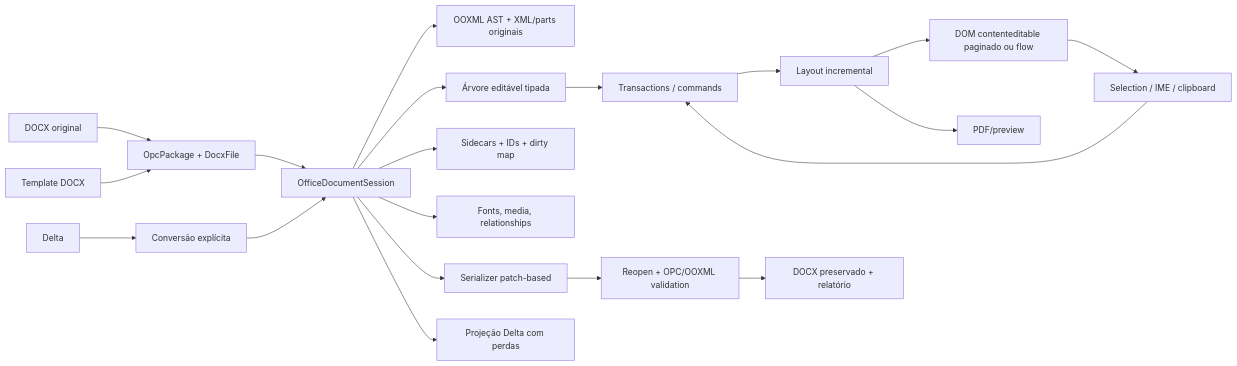
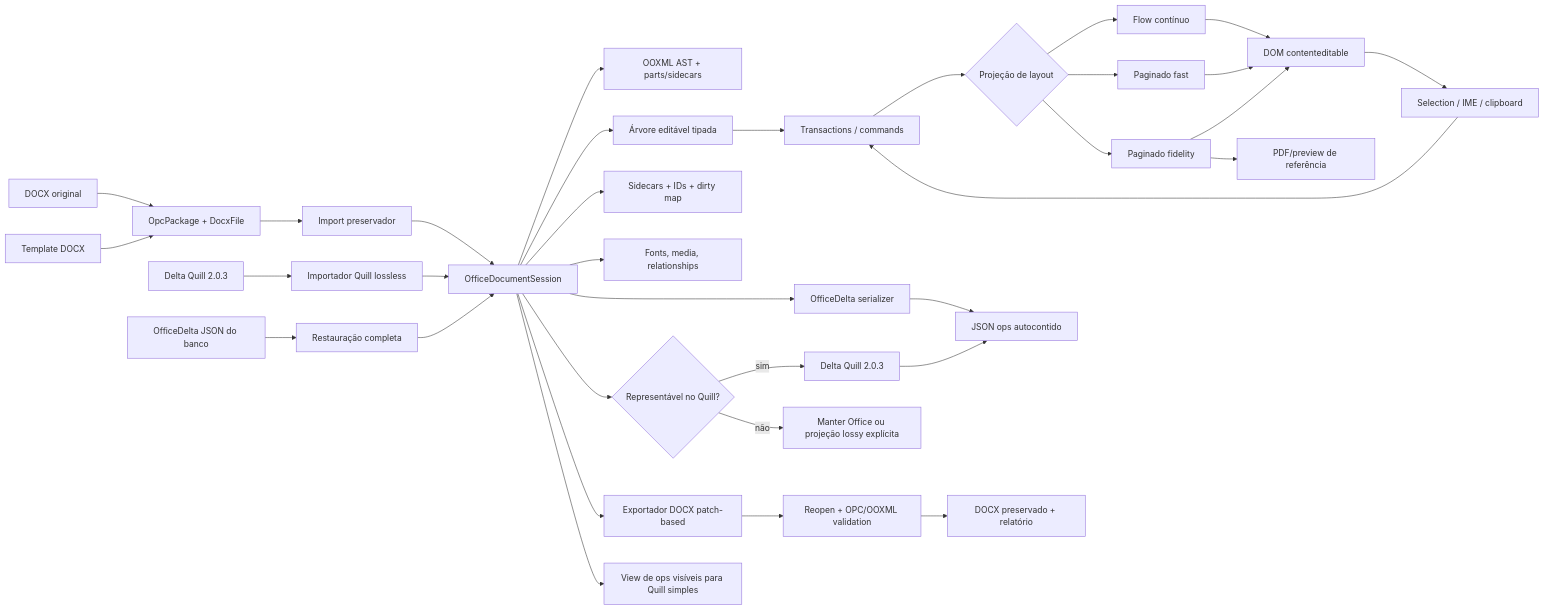
The diagram in doc/PLANO_EDITOR_DOCX_PAGINADO_AVANCADO.md (insinfo/dart_quill), drawn with Mermaid before and after one commit. The commit also changed other lines of this file and 3 other files, not shown here.

````diff
--- a/doc/PLANO_EDITOR_DOCX_PAGINADO_AVANCADO.md
+++ b/doc/PLANO_EDITOR_DOCX_PAGINADO_AVANCADO.md
@@ -363,27 +506,41 @@
 ```mermaid
 flowchart LR
     DOCX[DOCX original] --> OPEN[OpcPackage + DocxFile]
-    DELTA[Delta] --> PROMOTE[Conversão explícita]
+    DELTA[Delta Quill 2.0.3] --> QIMPORT[Importador Quill lossless]
+    ODELTA[OfficeDelta JSON do banco] --> RESTORE[Restauração completa]
     TEMPLATE[Template DOCX] --> OPEN
 
-    OPEN --> SESSION[OfficeDocumentSession]
-    PROMOTE --> SESSION
+    OPEN --> ENCODE[Import preservador]
+    ENCODE --> SESSION[OfficeDocumentSession]
+    QIMPORT --> SESSION
+    RESTORE --> SESSION
 
-    SESSION --> SOURCE[OOXML AST + XML/parts originais]
+    SESSION --> SOURCE[OOXML AST + parts/sidecars]
     SESSION --> EDIT[Árvore editável tipada]
     SESSION --> SIDE[Sidecars + IDs + dirty map]
     SESSION --> ASSETS[Fonts, media, relationships]
 
     EDIT --> TX[Transactions / commands]
-    TX --> LAYOUT[Layout incremental]
-    LAYOUT --> VIEW[DOM contenteditable paginado ou flow]
+    TX --> LMODE{Projeção de layout}
+    LMODE --> FLOW[Flow contínuo]
+    LMODE --> FAST[Paginado fast]
+    LMODE --> FID[Paginado fidelity]
+    FLOW --> VIEW[DOM contenteditable]
+    FAST --> VIEW
+    FID --> VIEW
     VIEW --> INPUT[Selection / IME / clipboard]
     INPUT --> TX
 
-    SESSION --> PATCH[Serializer patch-based]
+    SESSION --> ODSAVE[OfficeDelta serializer]
+    ODSAVE --> DB[JSON ops autocontido]
+    SESSION --> QCHECK{Representável no Quill?}
+    QCHECK -->|sim| QSAVE[Delta Quill 2.0.3]
+    QSAVE --> DB
+    QCHECK -->|não| GATE[Manter Office ou projeção lossy explícita]
+    SESSION --> PATCH[Exportador DOCX patch-based]
     PATCH --> VALIDATE[Reopen + OPC/OOXML validation]
     VALIDATE --> SAVE[DOCX preservado + relatório]
 
-    SESSION --> DPROJ[Projeção Delta com perdas]
-    LAYOUT --> PDF[PDF/preview]
+    SESSION --> DPROJ[View de ops visíveis para Quill simples]
+    FID --> PDF[PDF/preview de referência]
 ```
````
